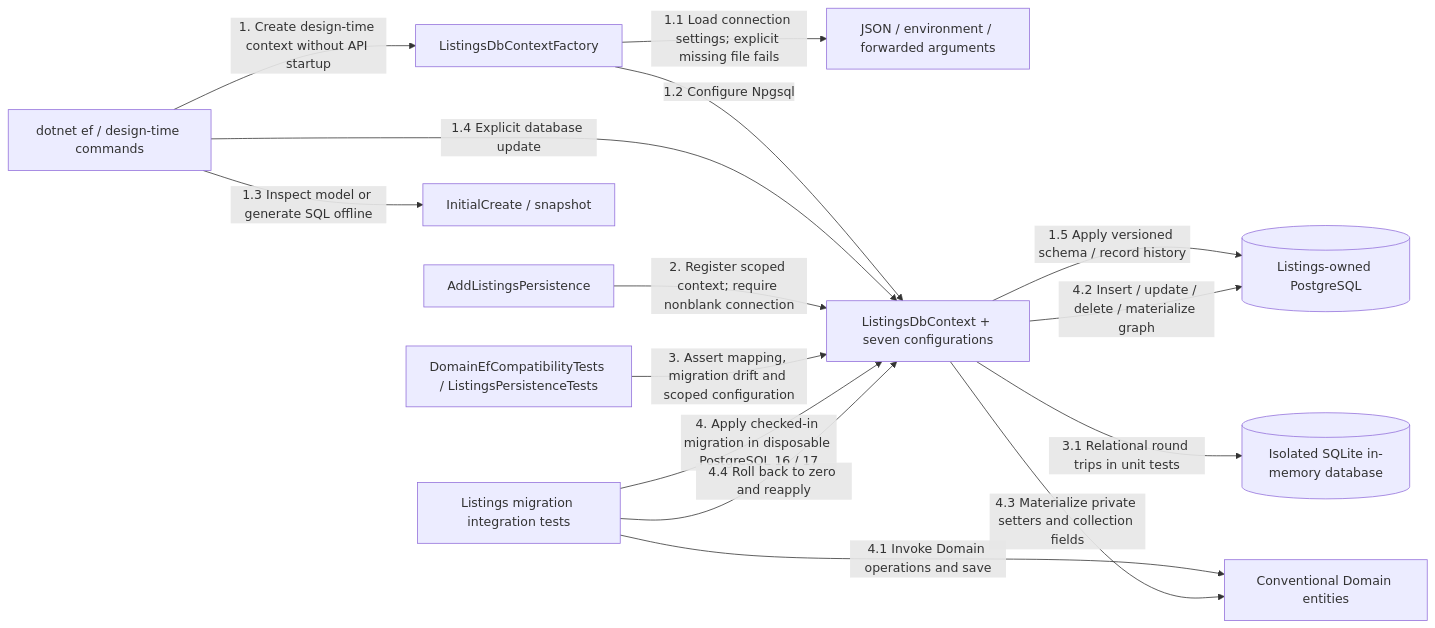
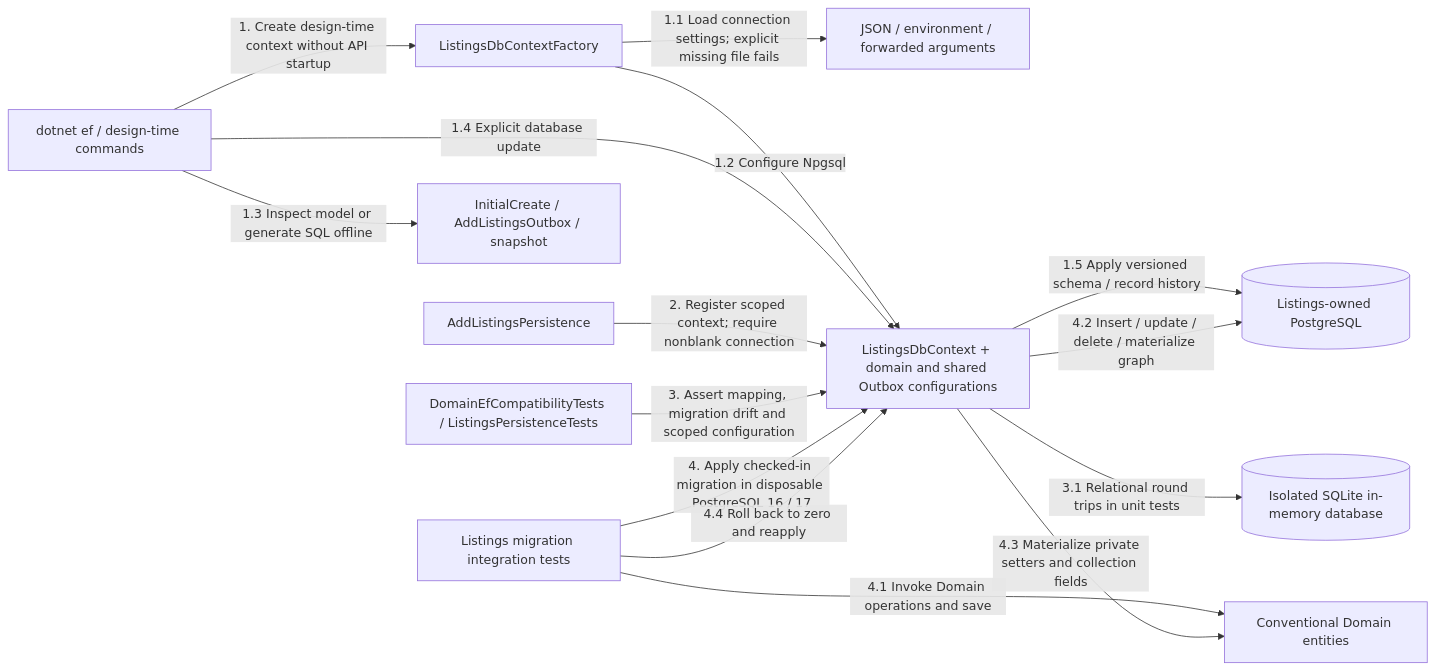
Before and after one commit to bogdan-spilevoi/ASET-master-year-1: the tenth of 11 diagrams in src/Services/Listings/COMMUNICATION.md, drawn with Mermaid. The commit also changed other lines of this file and 85 other files, not shown here.

````diff
--- a/src/Services/Listings/COMMUNICATION.md
+++ b/src/Services/Listings/COMMUNICATION.md
@@ -204,28 +328,28 @@
 ```mermaid
 flowchart LR
     CLI["dotnet ef / design-time commands"]
     Factory["ListingsDbContextFactory"]
     Settings["JSON / environment / forwarded arguments"]
     DI["AddListingsPersistence"]
-    Context["ListingsDbContext + seven configurations"]
-    Migration["InitialCreate / snapshot"]
+    Context["ListingsDbContext + domain and shared Outbox configurations"]
+    Migration["InitialCreate / AddListingsOutbox / snapshot"]
     DB[("Listings-owned PostgreSQL")]
     Tests["DomainEfCompatibilityTests / ListingsPersistenceTests"]
     SQLite[("Isolated SQLite in-memory database")]
     Integration["Listings migration integration tests"]
     Domain["Conventional Domain entities"]
     CLI -->|"1. Create design-time context without API startup"| Factory
     Factory -->|"1.1 Load connection settings; explicit missing file fails"| Settings
     Factory -->|"1.2 Configure Npgsql"| Context
     CLI -->|"1.3 Inspect model or generate SQL offline"| Migration
     CLI -->|"1.4 Explicit database update"| Context
     Context -->|"1.5 Apply versioned schema / record history"| DB
     DI -->|"2. Register scoped context; require nonblank connection"| Context
     Tests -->|"3. Assert mapping, migration drift and scoped configuration"| Context
     Context -->|"3.1 Relational round trips in unit tests"| SQLite
     Integration -->|"4. Apply checked-in migration in disposable PostgreSQL 16 / 17"| Context
     Integration -->|"4.1 Invoke Domain operations and save"| Domain
     Context -->|"4.2 Insert / update / delete / materialize graph"| DB
     Context -->|"4.3 Materialize private setters and collection fields"| Domain
     Integration -->|"4.4 Roll back to zero and reapply"| Context
 ```
````
